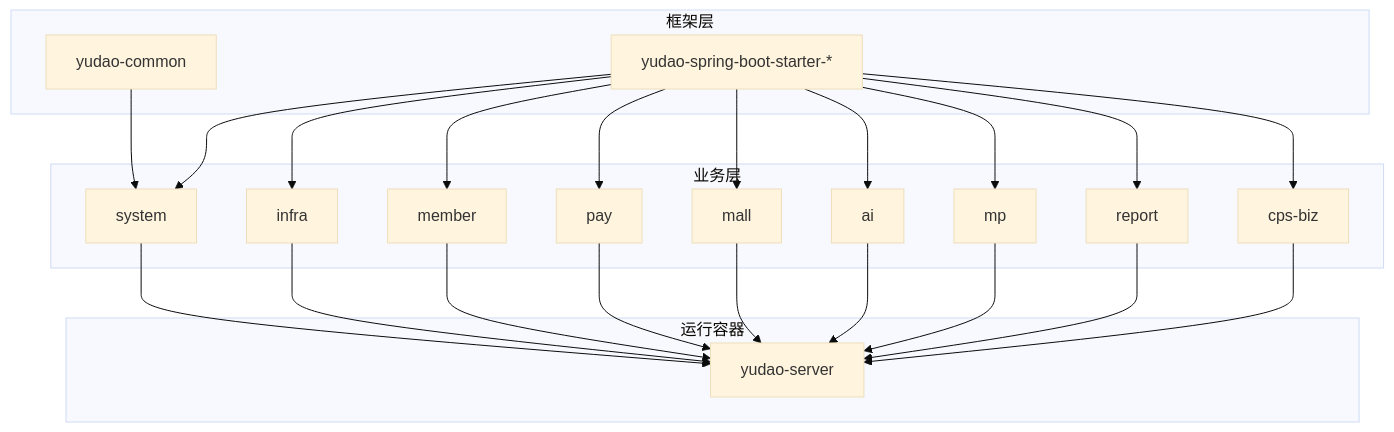
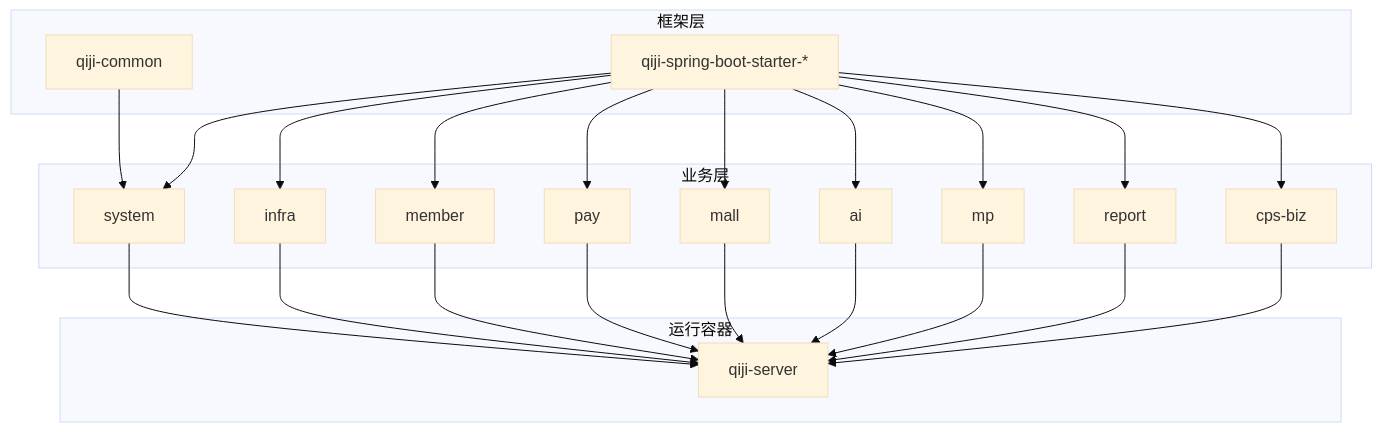
One commit to zhuangpengLI/AgenticCPS changed the second of 3 diagrams in backend/.qoder/repowiki/zh/content/系统架构设计/模块化设计.md. Above: the diagram before and after it, drawn with Mermaid (base theme). The commit also changed other lines of this file and 3489 other files, not shown here.

````diff
--- a/backend/.qoder/repowiki/zh/content/系统架构设计/模块化设计.md
+++ b/backend/.qoder/repowiki/zh/content/系统架构设计/模块化设计.md
@@ -92,40 +92,40 @@
 ```mermaid
 graph TB
 subgraph "框架层"
-F1["yudao-common"]
-F2["yudao-spring-boot-starter-*"]
+F1["qiji-common"]
+F2["qiji-spring-boot-starter-*"]
 end
 subgraph "业务层"
 B1["system"]
 B2["infra"]
 B3["member"]
 B4["pay"]
 B5["mall"]
 B6["ai"]
 B7["mp"]
 B8["report"]
 B9["cps-biz"]
 end
 subgraph "运行容器"
-S["yudao-server"]
+S["qiji-server"]
 end
 F1 --> B1
 F2 --> B1
 F2 --> B2
 F2 --> B3
 F2 --> B4
 F2 --> B5
 F2 --> B6
 F2 --> B7
 F2 --> B8
 F2 --> B9
 B1 --> S
 B2 --> S
 B3 --> S
 B4 --> S
 B5 --> S
 B6 --> S
 B7 --> S
 B8 --> S
 B9 --> S
 ```
````
